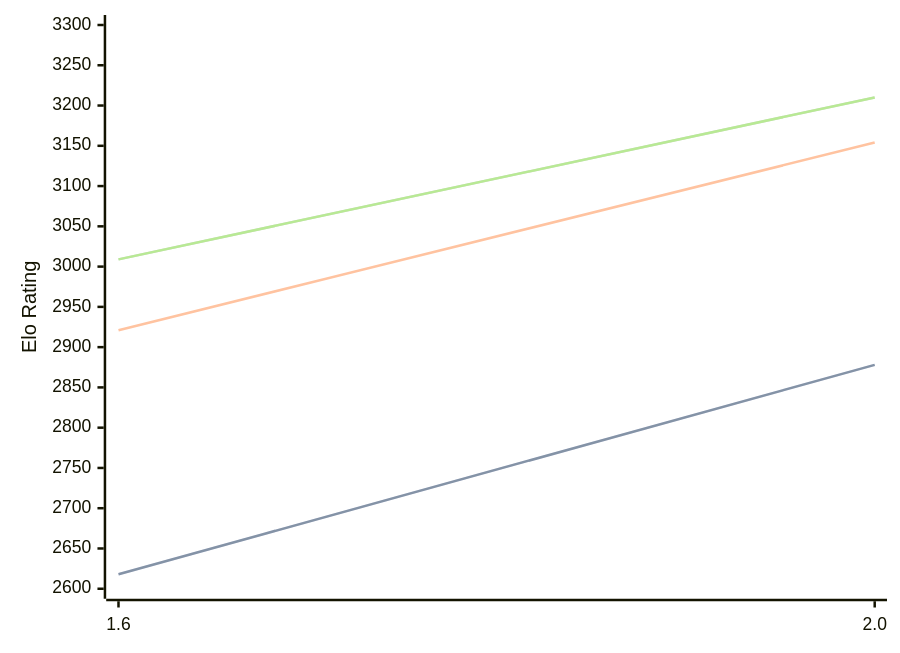
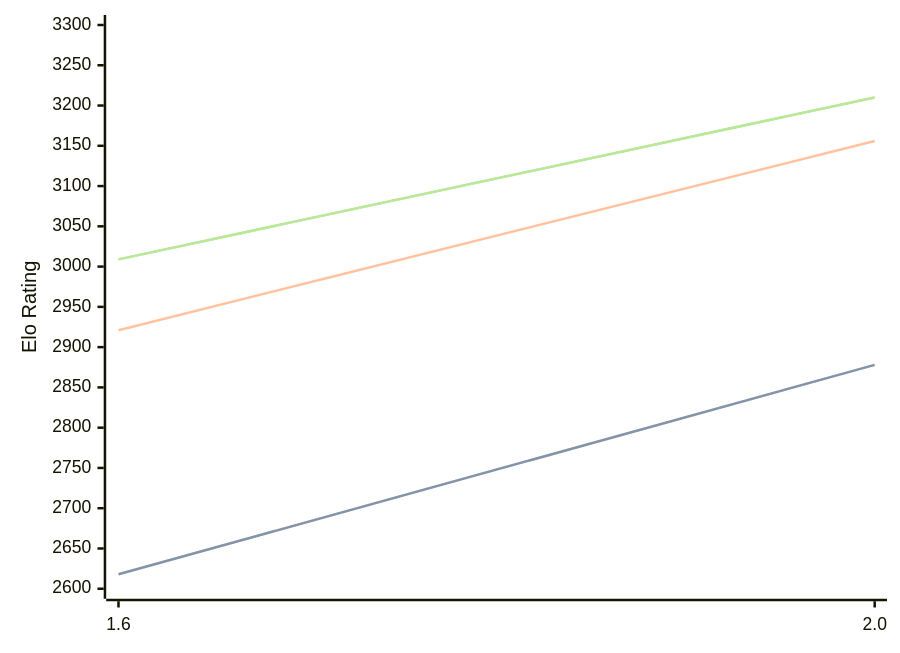
One commit to computer-chess-index/cci changed the diagram in engines/Onyx.md. Above: the diagram before and after it, drawn with Mermaid. The commit also changed other lines of this file, not shown here.

````diff
--- a/engines/Onyx.md
+++ b/engines/Onyx.md
@@ -32,11 +32,11 @@
 ```mermaid
 %%{init: {"theme":"base","themeVariables":{"seriesColors:['#a3a3a3','#222221','#faa371']}}}%%
 xychart-beta
   x-axis ["1.6", "2.0"]
   y-axis "Elo Rating" 2600 --> 3300
   line "STC (8.0+0.08s)" [2618, 2878]
   line "STC (8.0+0.08s)" [2618, 2878]
-  line "LTC (60.0+0.60s)" [2921, 3154]
+  line "LTC (60.0+0.60s)" [2921, 3156]
   line "VLTC (2m24s+1.12s)" [3009, 3210]
   line "VLTC (2m24s+1.12s)" [3009, 3210]
 ```
````
